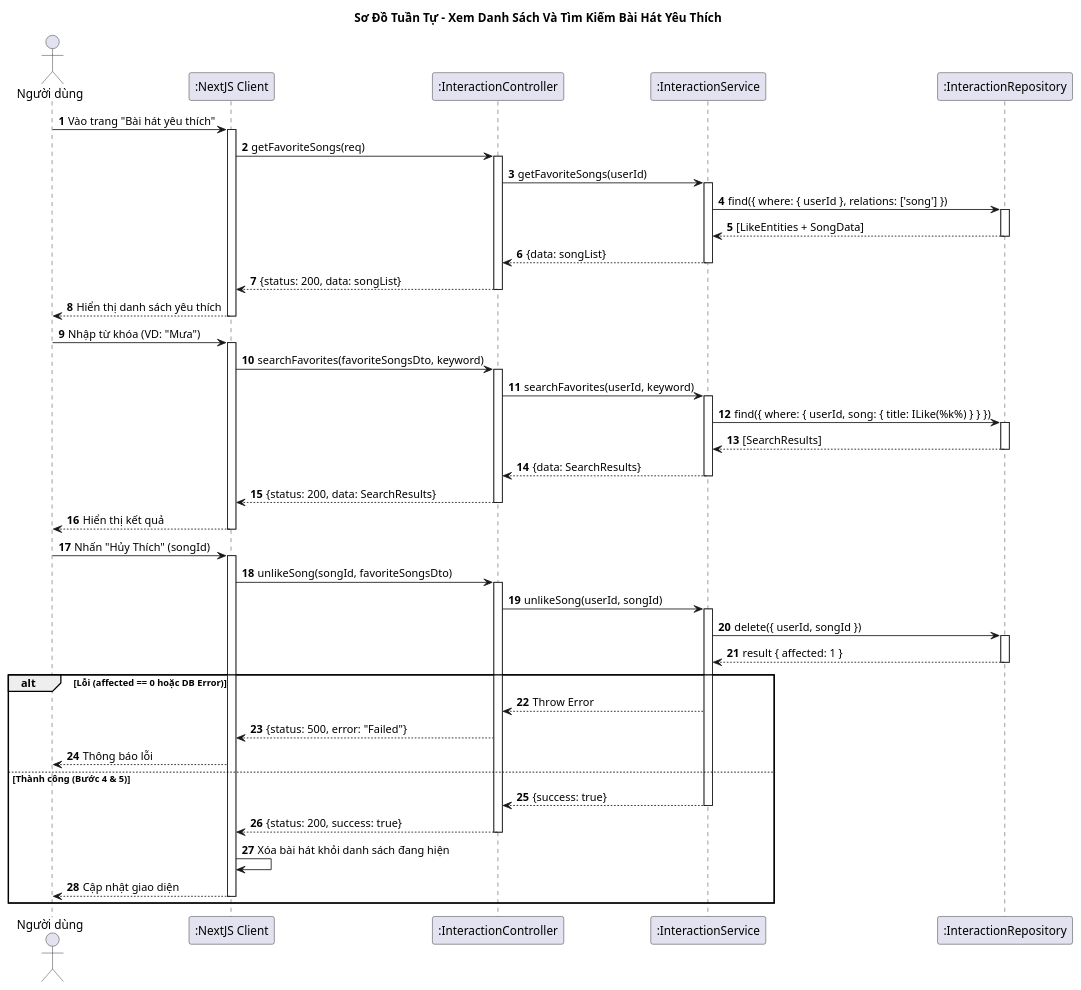
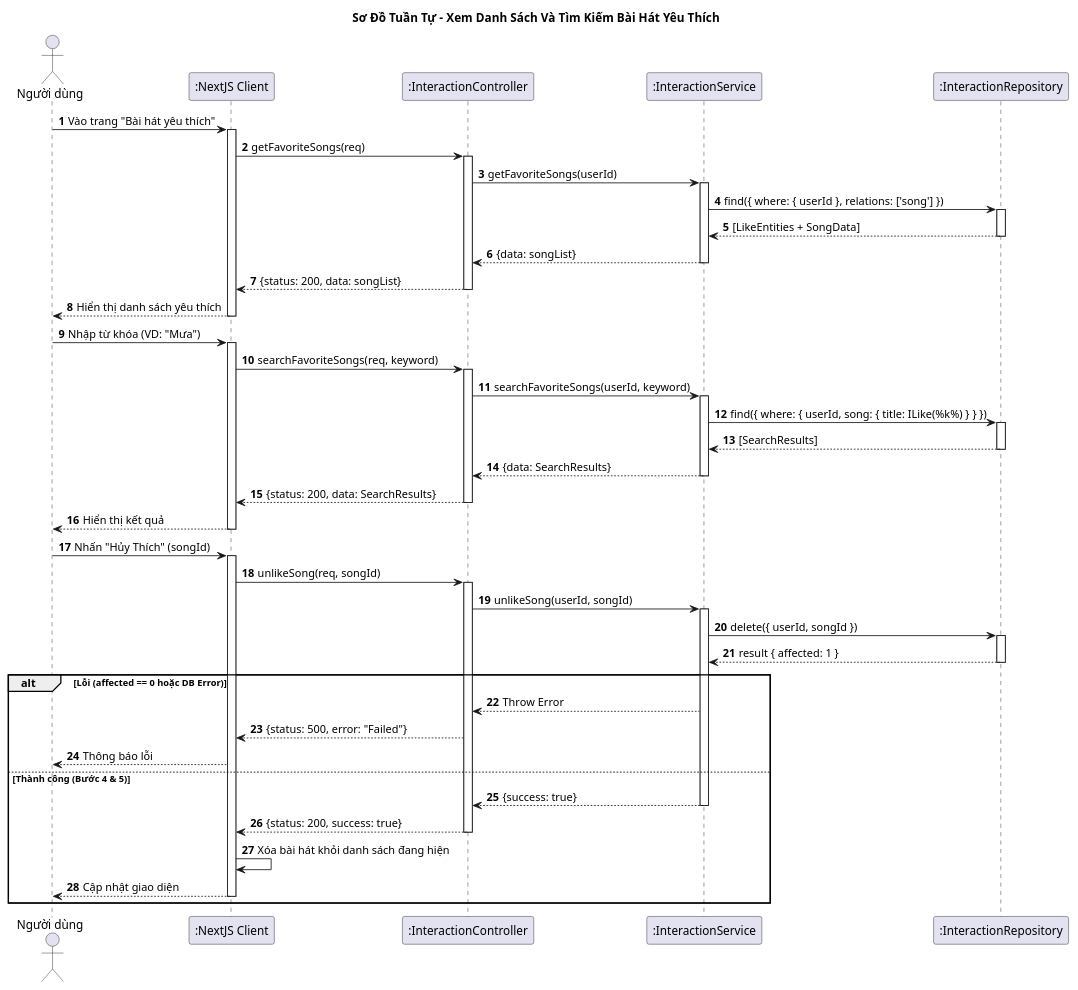
The diagram in Diagrams/SequenceDiagram/ViewSearchLikedSongSD.plantuml (vinh047/soundwave), drawn with PlantUML before and after one commit. The commit also changed 13 other files, not shown here.

Commit message:
Update: Sửa Class Diagram thành mức phân tích

```diff
--- a/Diagrams/SequenceDiagram/ViewSearchLikedSongSD.plantuml
+++ b/Diagrams/SequenceDiagram/ViewSearchLikedSongSD.plantuml
@@ -1,87 +1,87 @@
 @startuml Sequence Diagram - Xem Danh Sách Và Tìm Kiếm Bài Hát Yêu Thích 
 
 title Sơ Đồ Tuần Tự - Xem Danh Sách Và Tìm Kiếm Bài Hát Yêu Thích 
 
 actor "Người dùng" as User
 participant ":NextJS Client" as UI
 participant ":InteractionController" as Controller
 participant ":InteractionService" as Service
 participant ":InteractionRepository" as DB
 
 autonumber
 
 ' === BƯỚC 1: TẢI DANH SÁCH YÊU THÍCH ===
 User -> UI: Vào trang "Bài hát yêu thích"
 activate UI
 UI -> Controller: getFavoriteSongs(req)
 activate Controller
 
 ' Lấy userId từ token
 Controller -> Service: getFavoriteSongs(userId)
 activate Service
 
 ' TypeORM: Tìm bảng Likes, Join sang bảng Songs
 Service -> DB: find({ where: { userId }, relations: ['song'] })
 activate DB
 DB --> Service: [LikeEntities + SongData]
 deactivate DB
 
 Service --> Controller: {data: songList}
 deactivate Service
 Controller --> UI: {status: 200, data: songList}
 deactivate Controller
 UI --> User: Hiển thị danh sách yêu thích
 deactivate UI
 
 ' === BƯỚC 2: TÌM KIẾM TRONG YÊU THÍCH ===
 User -> UI: Nhập từ khóa (VD: "Mưa")
 activate UI
-UI -> Controller: searchFavorites(favoriteSongsDto, keyword)
+UI -> Controller: searchFavoriteSongs(req, keyword)
 activate Controller
-Controller -> Service: searchFavorites(userId, keyword)
+Controller -> Service: searchFavoriteSongs(userId, keyword)
 activate Service
 
 ' Query phức tạp hơn một chút: Tìm Like của User này MÀ Song Title có chứa Keyword
 Service -> DB: find({ where: { userId, song: { title: ILike(%k%) } } })
 activate DB
 DB --> Service: [SearchResults]
 deactivate DB
 
 Service --> Controller: {data: SearchResults}
 deactivate Service
 Controller --> UI: {status: 200, data: SearchResults}
 deactivate Controller
 UI --> User: Hiển thị kết quả
 deactivate UI
 
 ' === BƯỚC 3 & 4: HỦY THÍCH (Xóa khỏi danh sách) ===
 User -> UI: Nhấn "Hủy Thích" (songId)
 activate UI
 
-UI -> Controller: unlikeSong(songId, favoriteSongsDto)
+UI -> Controller: unlikeSong(req, songId)
 activate Controller
 Controller -> Service: unlikeSong(userId, songId)
 activate Service
 
 Service -> DB: delete({ userId, songId })
 activate DB
 DB --> Service: result { affected: 1 }
 deactivate DB
 
 alt Lỗi (affected == 0 hoặc DB Error)
     Service --> Controller: Throw Error
     Controller --> UI: {status: 500, error: "Failed"}
     UI --> User: Thông báo lỗi
 else Thành công (Bước 4 & 5)
     Service --> Controller: {success: true}
     deactivate Service
     
     ' Client tự bỏ dòng đó khỏi giao diện (Optimistic UI)
     Controller --> UI: {status: 200, success: true}
     deactivate Controller
     
     UI -> UI: Xóa bài hát khỏi danh sách đang hiện
     UI --> User: Cập nhật giao diện
     deactivate UI
 end
 @enduml
```
